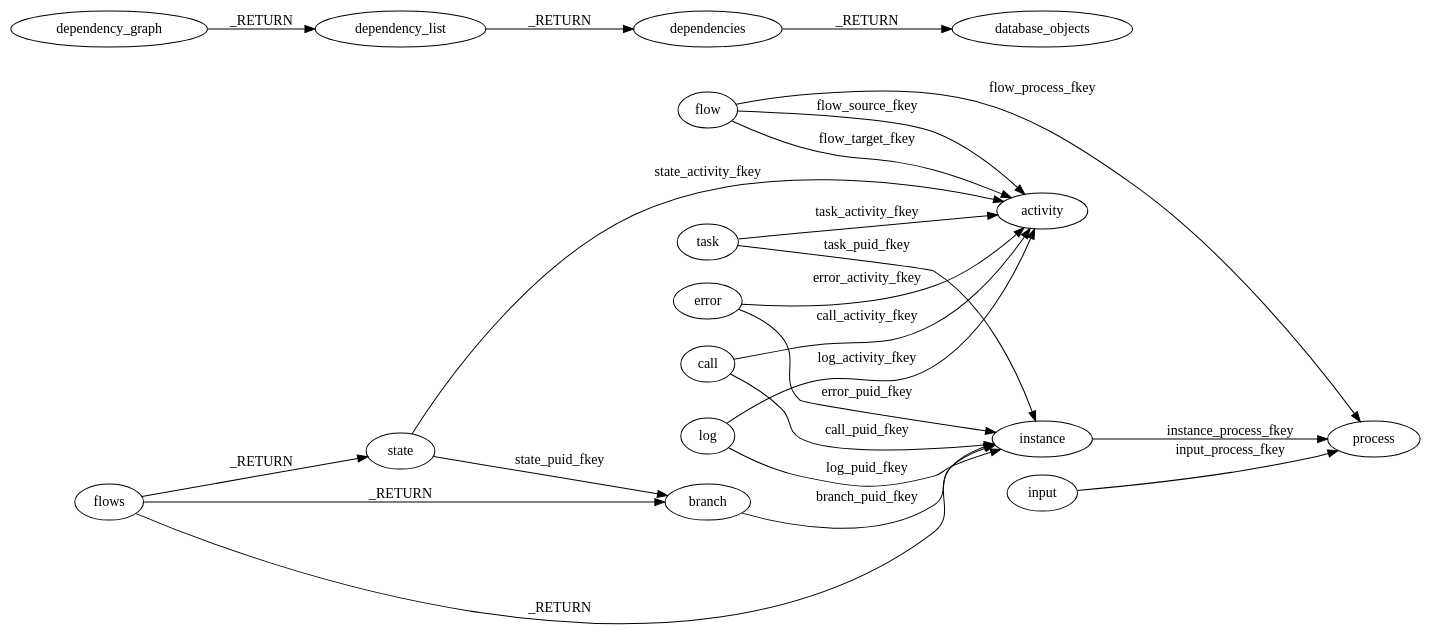
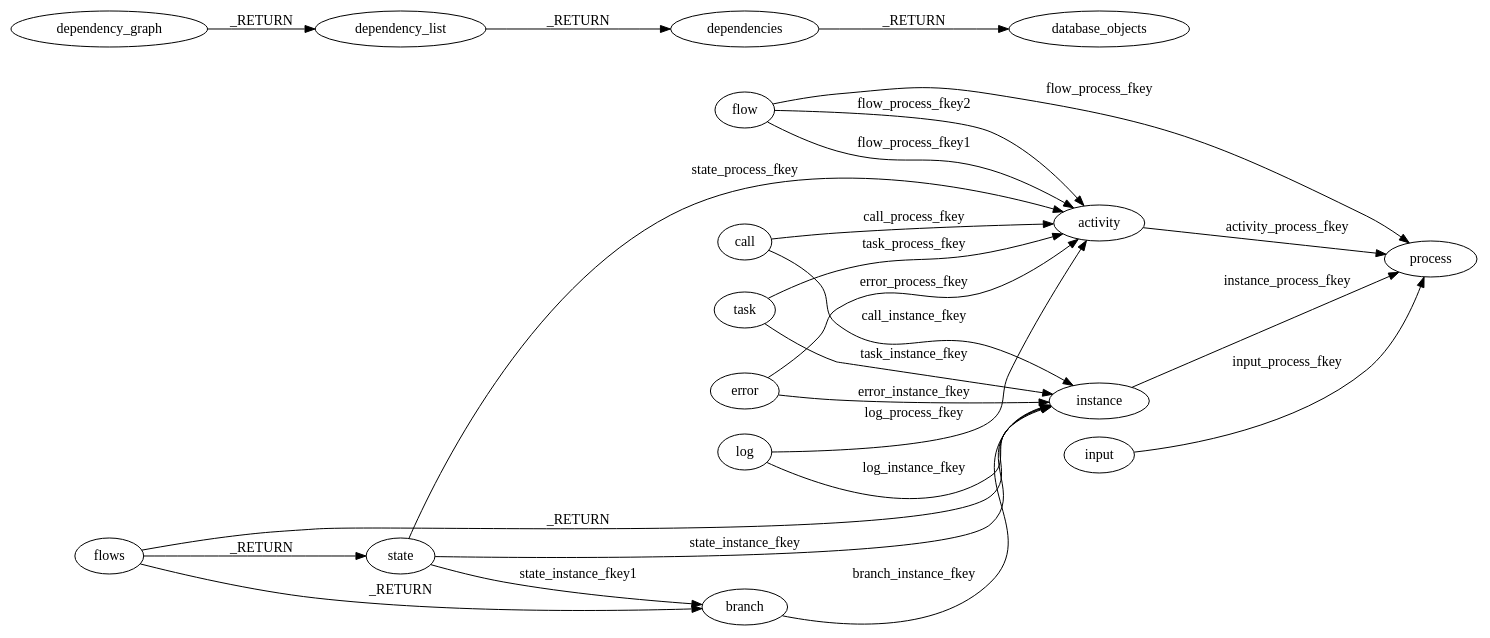
One commit to dgf/pgx-flow changed the diagram in doc/img/deps.gv. Above: the diagram before and after it, drawn with Graphviz. The commit also changed 25 other files, not shown here.

```diff
--- a/doc/img/deps.gv
+++ b/doc/img/deps.gv
@@ -1,26 +1,28 @@
 digraph FlowDatabase {
 rankdir="LR"
- flow -> activity [label="flow_target_fkey"];
- state -> activity [label="state_activity_fkey"];
- error -> activity [label="error_activity_fkey"];
- log -> activity [label="log_activity_fkey"];
- task -> activity [label="task_activity_fkey"];
- flow -> activity [label="flow_source_fkey"];
- call -> activity [label="call_activity_fkey"];
- state -> branch [label="state_puid_fkey"];
+ task -> activity [label="task_process_fkey"];
+ state -> activity [label="state_process_fkey"];
+ flow -> activity [label="flow_process_fkey2"];
+ error -> activity [label="error_process_fkey"];
+ log -> activity [label="log_process_fkey"];
+ flow -> activity [label="flow_process_fkey1"];
+ call -> activity [label="call_process_fkey"];
+ state -> branch [label="state_instance_fkey1"];
  flows -> branch [label="_RETURN"];
- log -> instance [label="log_puid_fkey"];
- call -> instance [label="call_puid_fkey"];
- task -> instance [label="task_puid_fkey"];
- error -> instance [label="error_puid_fkey"];
- branch -> instance [label="branch_puid_fkey"];
+ task -> instance [label="task_instance_fkey"];
+ branch -> instance [label="branch_instance_fkey"];
+ log -> instance [label="log_instance_fkey"];
+ error -> instance [label="error_instance_fkey"];
+ state -> instance [label="state_instance_fkey"];
+ call -> instance [label="call_instance_fkey"];
  flows -> instance [label="_RETURN"];
+ activity -> process [label="activity_process_fkey"];
+ instance -> process [label="instance_process_fkey"];
+ input -> process [label="input_process_fkey"];
  flow -> process [label="flow_process_fkey"];
- input -> process [label="input_process_fkey"];
- instance -> process [label="instance_process_fkey"];
  flows -> state [label="_RETURN"];
  dependencies -> database_objects [label="_RETURN"];
  dependency_list -> dependencies [label="_RETURN"];
  dependency_graph -> dependency_list [label="_RETURN"];
 
 }
```
